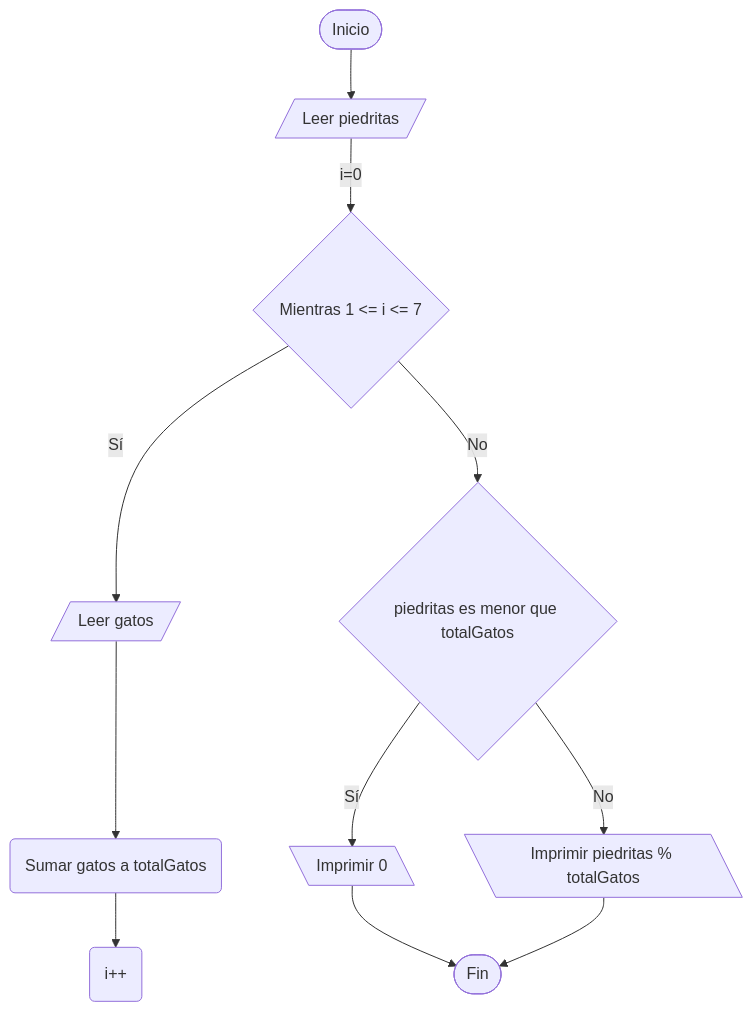
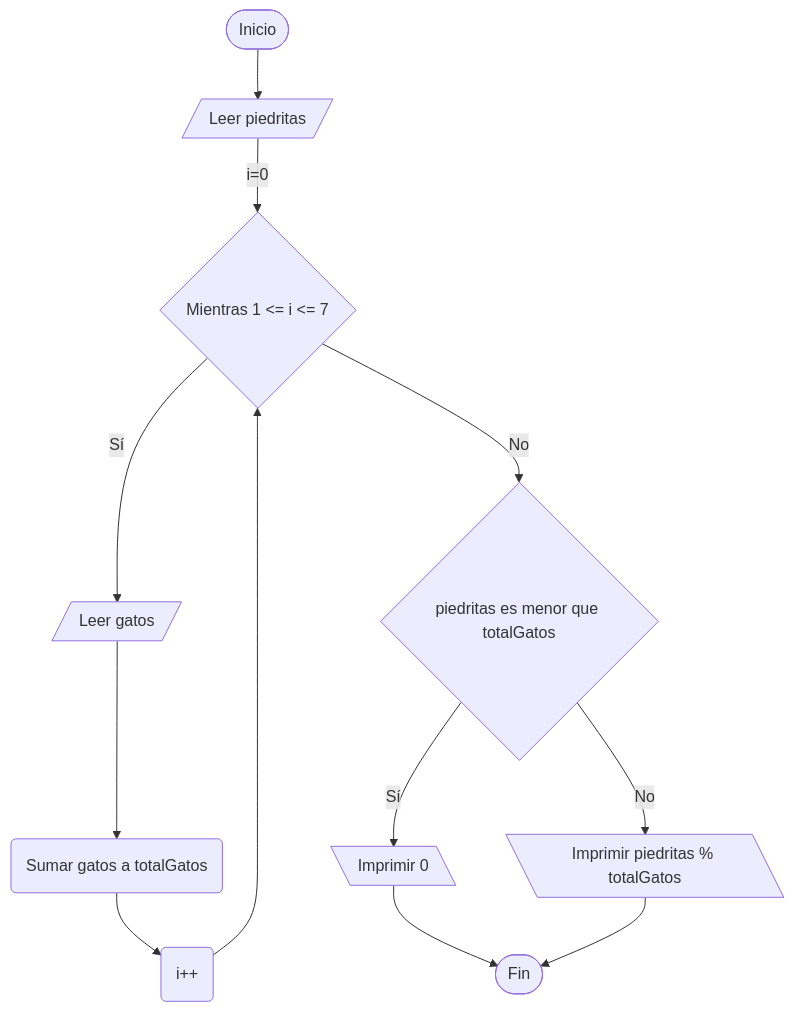
The diagram in 2026/Campamento_Primavera_2026/Concurso_de_cierre/c_dopamina.md (jordansosa1/CPC_UAEH), drawn with Mermaid before and after one commit.

Commit message:
Fix flowchart logic

````diff
--- a/2026/Campamento_Primavera_2026/Concurso_de_cierre/c_dopamina.md
+++ b/2026/Campamento_Primavera_2026/Concurso_de_cierre/c_dopamina.md
@@ -91,13 +91,14 @@
 ```mermaid
 graph TD;
     A([Inicio]) --> B[/Leer piedritas/]
     B -- i=0 --> C{Mientras 1 <= i <= 7}
     C -- Sí --> D[/Leer gatos/]
     D --> E(Sumar gatos a totalGatos)
     E --> F(i++)
+    F --> C
     C -- No --> G{piedritas es menor que totalGatos}
     G -- Sí --> H[\Imprimir 0\]
     G -- No --> I[\Imprimir piedritas % totalGatos\]
     H --> J([Fin])
     I --> J([Fin])
 ```
````
